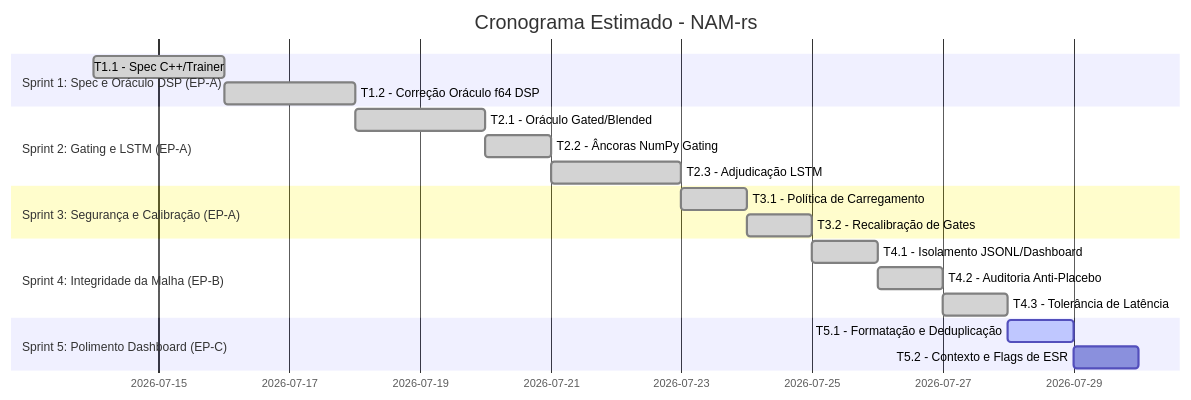
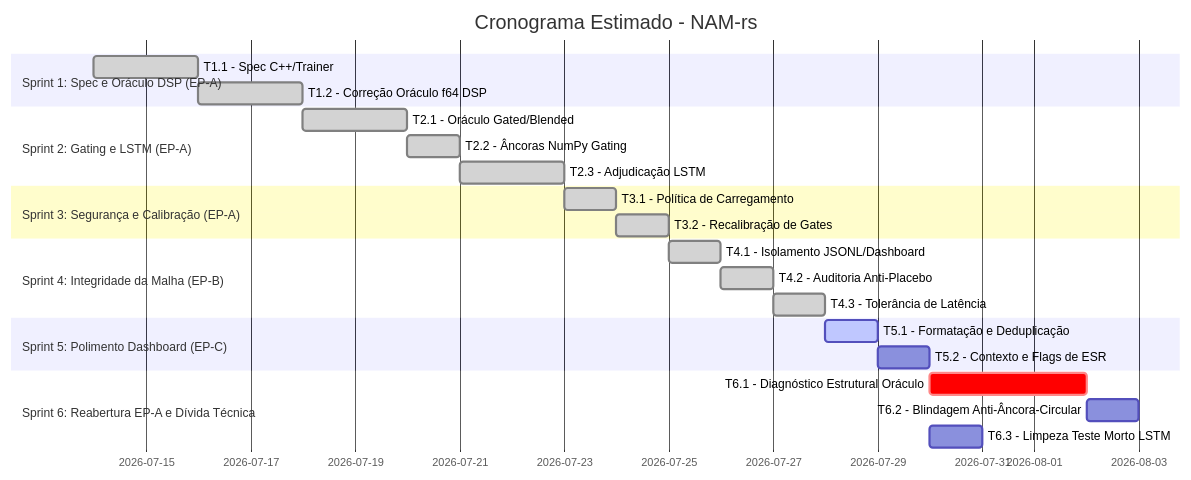
One commit to fabiohl/nam-rs changed the diagram in TODO-sprints.md. Above: the diagram before and after it, drawn with Mermaid. The commit also changed other lines of this file and 1 other file, not shown here.

````diff
--- a/TODO-sprints.md
+++ b/TODO-sprints.md
@@ -41,22 +45,26 @@
 ```mermaid
 gantt
     title Cronograma Estimado - NAM-rs
     dateFormat  YYYY-MM-DD
     section Sprint 1: Spec e Oráculo DSP (EP-A)
     T1.1 - Spec C++/Trainer          :done, t1_1, 2026-07-14, 2d
     T1.2 - Correção Oráculo f64 DSP  :done, t1_2, after t1_1, 2d
     section Sprint 2: Gating e LSTM (EP-A)
     T2.1 - Oráculo Gated/Blended     :done, t2_1, after t1_2, 2d
     T2.2 - Âncoras NumPy Gating      :done, t2_2, after t2_1, 1d
     T2.3 - Adjudicação LSTM          :done, t2_3, after t2_2, 2d
     section Sprint 3: Segurança e Calibração (EP-A)
     T3.1 - Política de Carregamento  :done, t3_1, after t2_3, 1d
     T3.2 - Recalibração de Gates     :done, t3_2, after t3_1, 1d
     section Sprint 4: Integridade da Malha (EP-B)
     T4.1 - Isolamento JSONL/Dashboard :done, t4_1, after t3_2, 1d
     T4.2 - Auditoria Anti-Placebo    :done, t4_2, after t4_1, 1d
     T4.3 - Tolerância de Latência     :done, t4_3, after t4_2, 1d
     section Sprint 5: Polimento Dashboard (EP-C)
     T5.1 - Formatação e Deduplicação  :active, t5_1, after t4_3, 1d
     T5.2 - Contexto e Flags de ESR    :t5_2, after t5_1, 1d
+    section Sprint 6: Reabertura EP-A e Dívida Técnica
+    T6.1 - Diagnóstico Estrutural Oráculo :crit, t6_1, after t5_2, 3d
+    T6.2 - Blindagem Anti-Âncora-Circular  :t6_2, after t6_1, 1d
+    T6.3 - Limpeza Teste Morto LSTM        :t6_3, after t5_2, 1d
 ```
````
